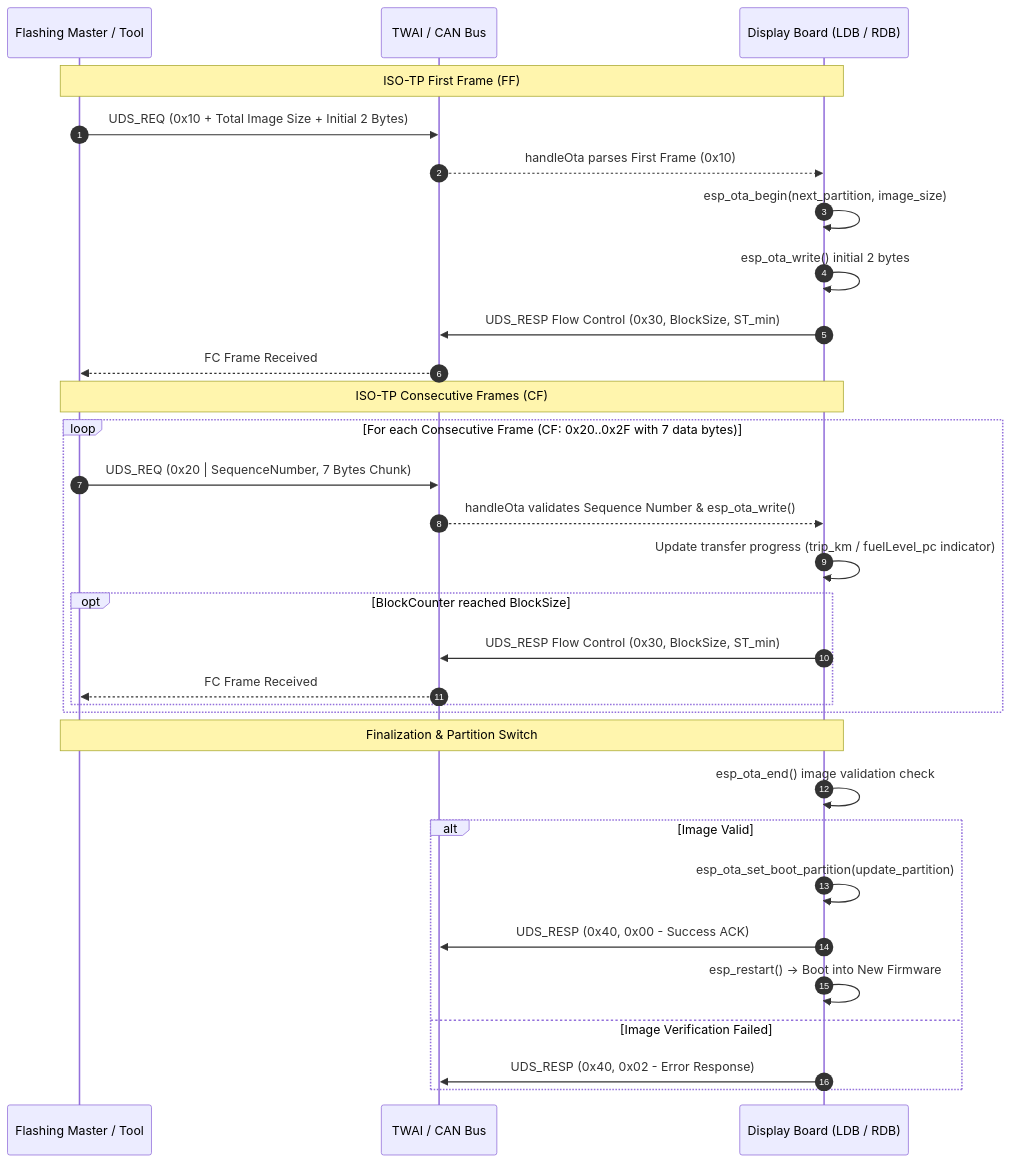
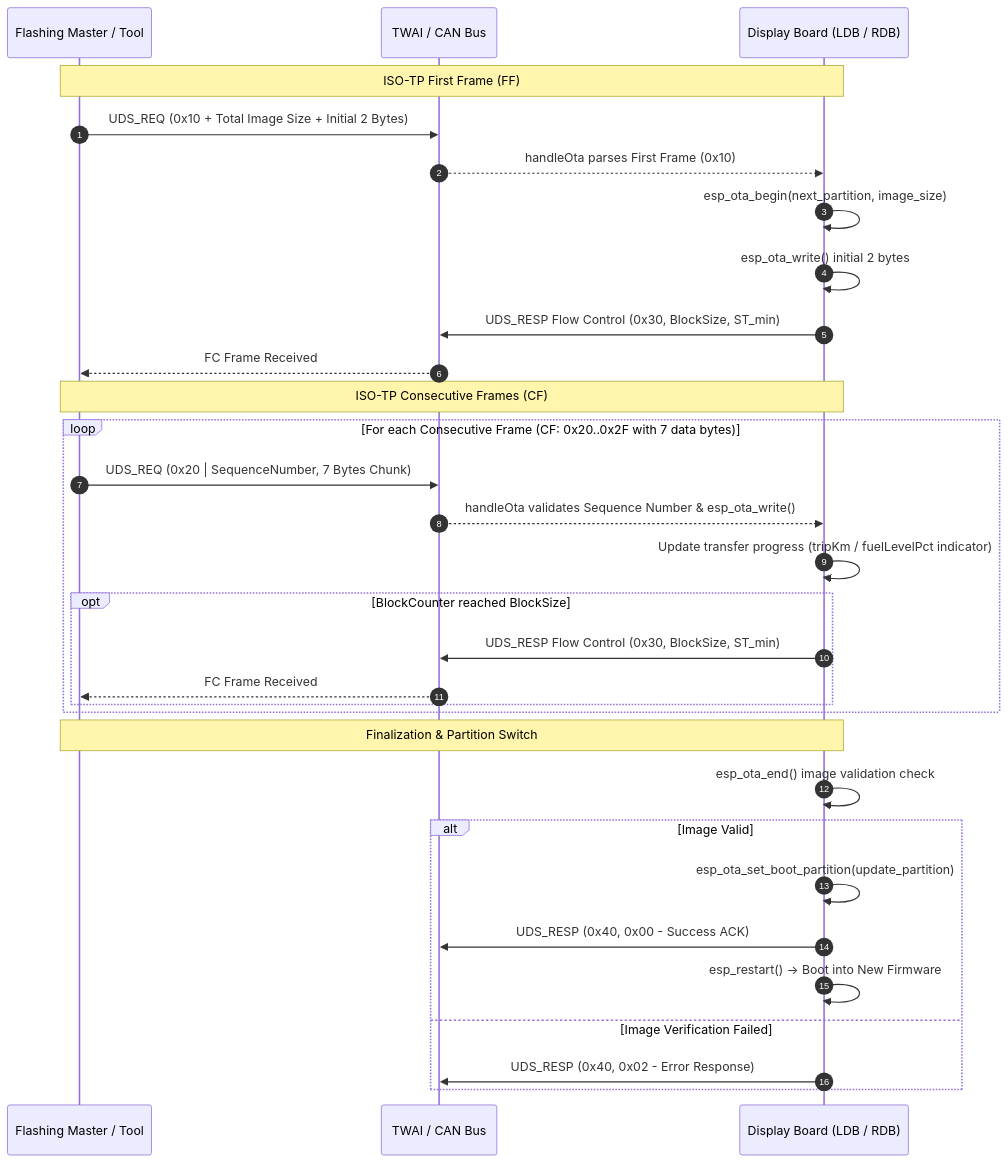
One commit to martinroger/vx-binocle-espidf changed the fourth of 5 diagrams in docs/SCENARIOS.md. Above: the diagram before and after it, drawn with Mermaid. The commit also changed other lines of this file and 11 other files, not shown here.

First line of the commit message:
docs: follow the vx_* NVS layout and fix the OTA progress schema

````diff
--- a/docs/SCENARIOS.md
+++ b/docs/SCENARIOS.md
@@ -112,36 +112,36 @@
 ```mermaid
 sequenceDiagram
     autonumber
     participant MASTER as Flashing Master / Tool
     participant CAN as TWAI / CAN Bus
     participant DSP as Display Board (LDB / RDB)
 
     Note over MASTER, DSP: ISO-TP First Frame (FF)
     MASTER->>CAN: UDS_REQ (0x10 + Total Image Size + Initial 2 Bytes)
     CAN-->>DSP: handleOta parses First Frame (0x10)
     DSP->>DSP: esp_ota_begin(next_partition, image_size)
     DSP->>DSP: esp_ota_write() initial 2 bytes
     DSP->>CAN: UDS_RESP Flow Control (0x30, BlockSize, ST_min)
     CAN-->>MASTER: FC Frame Received
 
     Note over MASTER, DSP: ISO-TP Consecutive Frames (CF)
     loop For each Consecutive Frame (CF: 0x20..0x2F with 7 data bytes)
         MASTER->>CAN: UDS_REQ (0x20 | SequenceNumber, 7 Bytes Chunk)
         CAN-->>DSP: handleOta validates Sequence Number & esp_ota_write()
-        DSP->>DSP: Update transfer progress (trip_km / fuelLevel_pc indicator)
+        DSP->>DSP: Update transfer progress (tripKm / fuelLevelPct indicator)
         opt BlockCounter reached BlockSize
             DSP->>CAN: UDS_RESP Flow Control (0x30, BlockSize, ST_min)
             CAN-->>MASTER: FC Frame Received
         end
     end
 
     Note over MASTER, DSP: Finalization & Partition Switch
     DSP->>DSP: esp_ota_end() image validation check
     alt Image Valid
         DSP->>DSP: esp_ota_set_boot_partition(update_partition)
         DSP->>CAN: UDS_RESP (0x40, 0x00 - Success ACK)
         DSP->>DSP: esp_restart() -> Boot into New Firmware
     else Image Verification Failed
         DSP->>CAN: UDS_RESP (0x40, 0x02 - Error Response)
     end
 ```
````
